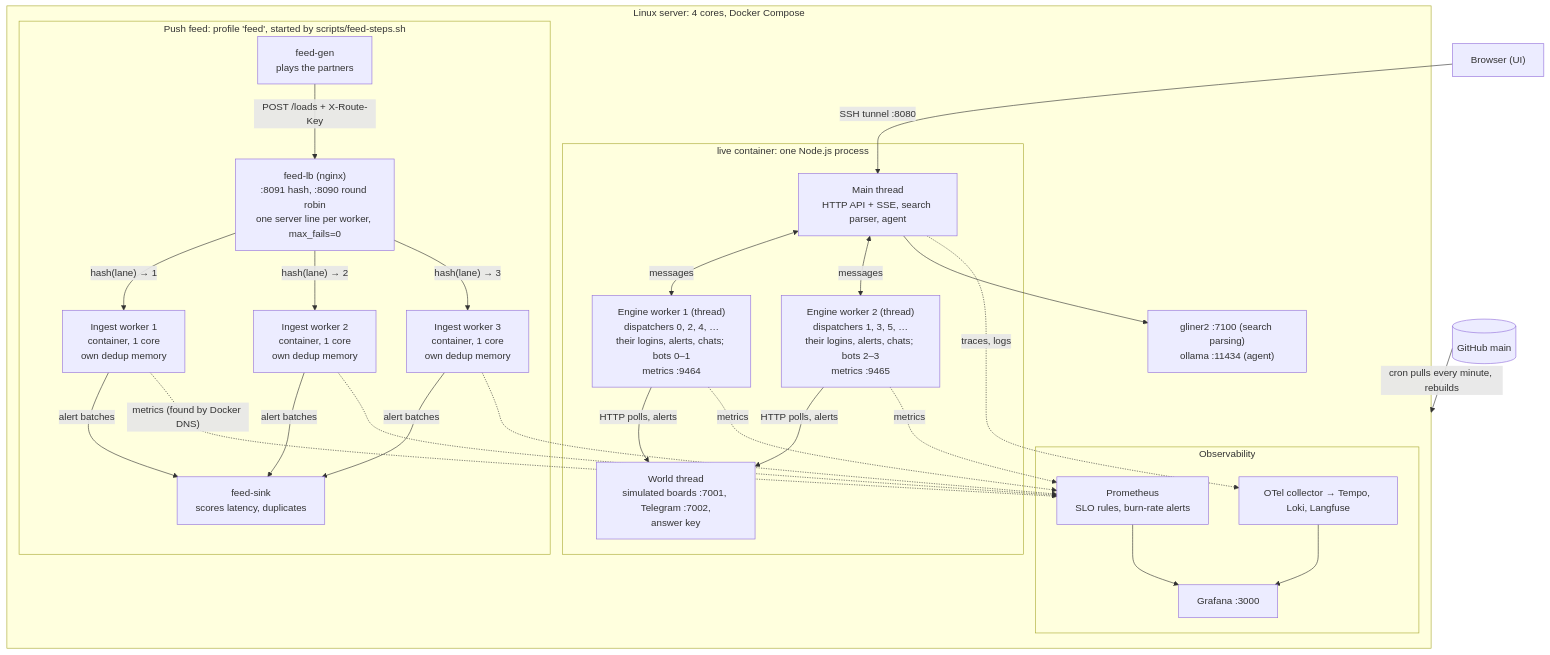
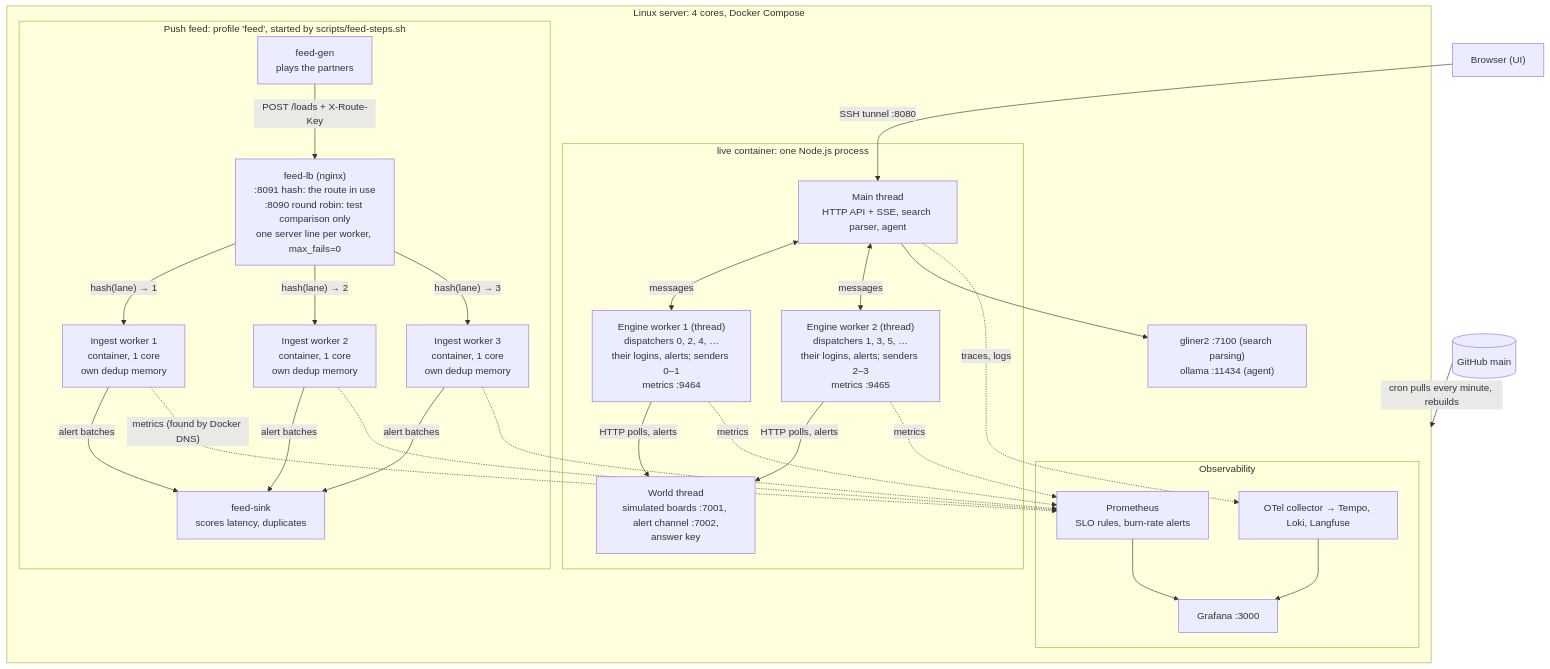
Before and after one commit to omardmv/load-radar: the second of 2 diagrams in DESIGN.md, drawn with Mermaid. The commit also changed other lines of this file and 6 other files, not shown here.

First line of the commit message:
docs: alerts go to dispatchers on the web (simulated alert channel), not Telegram; round robin marked test-only

````diff
--- a/DESIGN.md
+++ b/DESIGN.md
@@ -110,42 +110,42 @@
 ```mermaid
 flowchart TB
   BROWSER["Browser (UI)"] -->|SSH tunnel :8080| MAIN
   GH[(GitHub main)] -->|cron pulls every minute, rebuilds| SERVER
 
   subgraph SERVER["Linux server: 4 cores, Docker Compose"]
     subgraph LIVE["live container: one Node.js process"]
       MAIN["Main thread<br/>HTTP API + SSE, search parser, agent"]
-      EW1["Engine worker 1 (thread)<br/>dispatchers 0, 2, 4, …<br/>their logins, alerts, chats; bots 0–1<br/>metrics :9464"]
-      EW2["Engine worker 2 (thread)<br/>dispatchers 1, 3, 5, …<br/>their logins, alerts, chats; bots 2–3<br/>metrics :9465"]
-      WORLD["World thread<br/>simulated boards :7001, Telegram :7002,<br/>answer key"]
+      EW1["Engine worker 1 (thread)<br/>dispatchers 0, 2, 4, …<br/>their logins, alerts; senders 0–1<br/>metrics :9464"]
+      EW2["Engine worker 2 (thread)<br/>dispatchers 1, 3, 5, …<br/>their logins, alerts; senders 2–3<br/>metrics :9465"]
+      WORLD["World thread<br/>simulated boards :7001, alert channel :7002,<br/>answer key"]
       MAIN <-->|messages| EW1
       MAIN <-->|messages| EW2
       EW1 -->|HTTP polls, alerts| WORLD
       EW2 -->|HTTP polls, alerts| WORLD
     end
     subgraph FEED["Push feed: profile 'feed', started by scripts/feed-steps.sh"]
-      GEN["feed-gen<br/>plays the partners"] -->|"POST /loads + X-Route-Key"| LB["feed-lb (nginx)<br/>:8091 hash, :8090 round robin<br/>one server line per worker, max_fails=0"]
+      GEN["feed-gen<br/>plays the partners"] -->|"POST /loads + X-Route-Key"| LB["feed-lb (nginx)<br/>:8091 hash: the route in use<br/>:8090 round robin: test comparison only<br/>one server line per worker, max_fails=0"]
       LB -->|"hash(lane) → 1"| ING1["Ingest worker 1<br/>container, 1 core<br/>own dedup memory"]
       LB -->|"hash(lane) → 2"| ING2["Ingest worker 2<br/>container, 1 core<br/>own dedup memory"]
       LB -->|"hash(lane) → 3"| ING3["Ingest worker 3<br/>container, 1 core<br/>own dedup memory"]
       ING1 -->|alert batches| SINK["feed-sink<br/>scores latency, duplicates"]
       ING2 -->|alert batches| SINK
       ING3 -->|alert batches| SINK
     end
     MODELS["gliner2 :7100 (search parsing)<br/>ollama :11434 (agent)"]
     subgraph OBS["Observability"]
       PROM["Prometheus<br/>SLO rules, burn-rate alerts"]
       OTEL["OTel collector → Tempo, Loki, Langfuse"]
       GRAF["Grafana :3000"]
     end
     MAIN --> MODELS
     EW1 -. metrics .-> PROM
     EW2 -. metrics .-> PROM
     ING1 -. "metrics (found by Docker DNS)" .-> PROM
     ING2 -.-> PROM
     ING3 -.-> PROM
     MAIN -. traces, logs .-> OTEL
     PROM --> GRAF
     OTEL --> GRAF
   end
 ```
````
